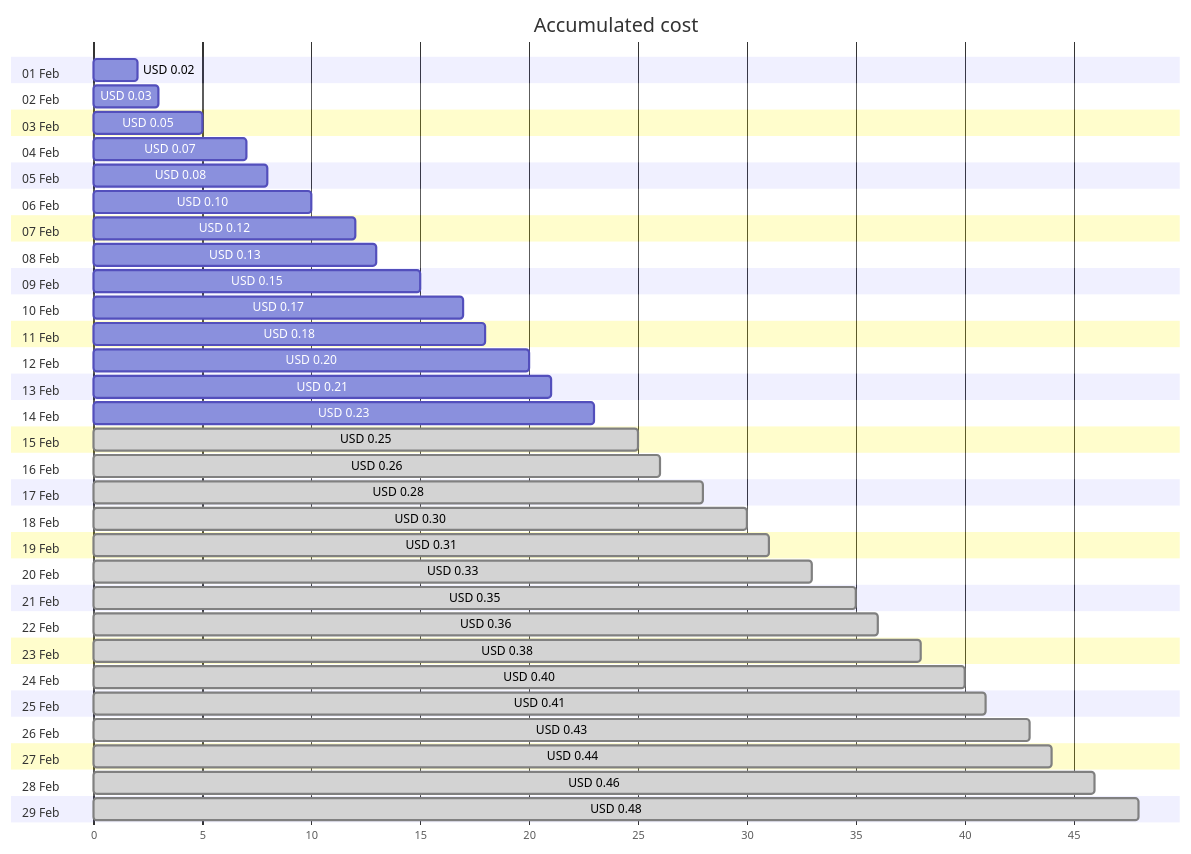
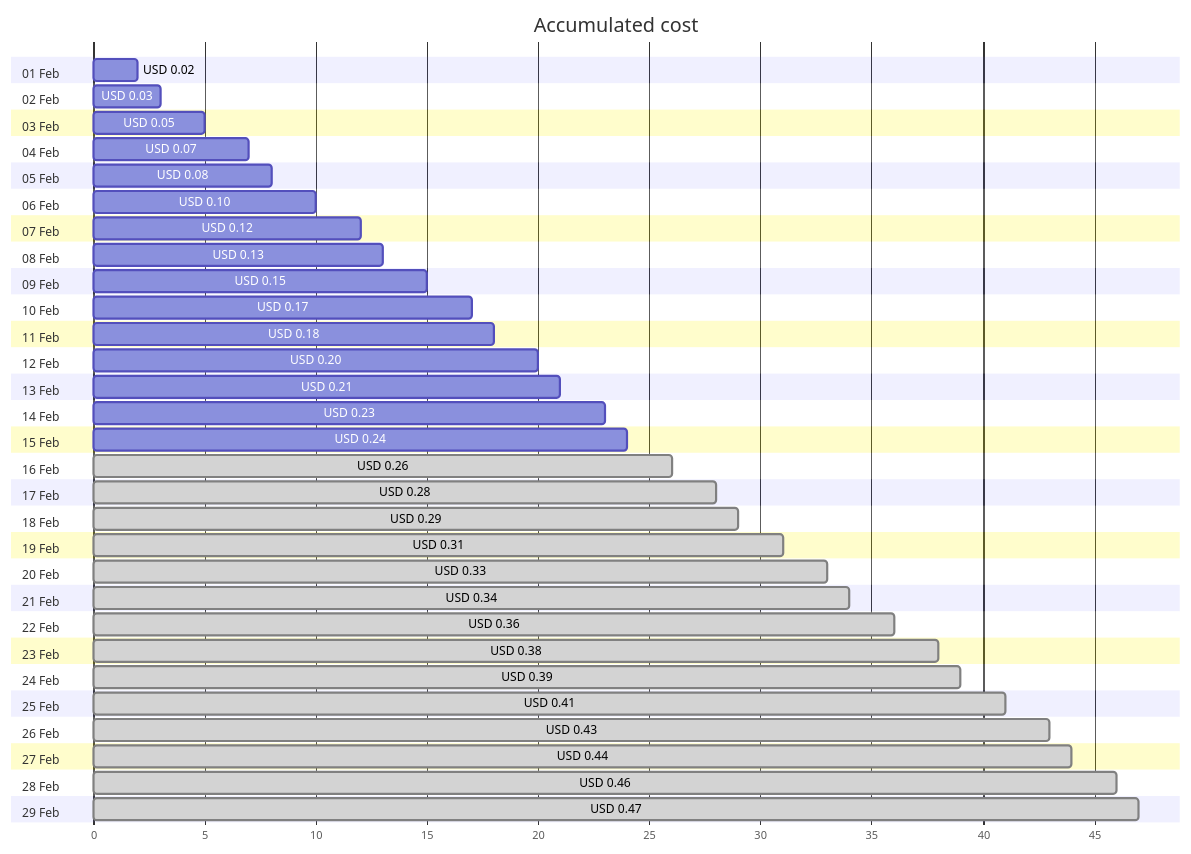
The first of 4 diagrams in cost-reports/personal-dns/jpatrickfulton.dev.md (jpfulton/azure-personal-reports), drawn with Mermaid before and after one commit. The commit also changed other lines of this file and 2 other files, not shown here.

````diff
--- a/cost-reports/personal-dns/jpatrickfulton.dev.md
+++ b/cost-reports/personal-dns/jpatrickfulton.dev.md
@@ -20,64 +20,64 @@
 ```mermaid
 gantt
    title Accumulated cost
    dateFormat  X
    axisFormat %s
    section 01 Feb
    USD 0.02 :0, 2
    section 02 Feb
    USD 0.03 :0, 3
    section 03 Feb
    USD 0.05 :0, 5
    section 04 Feb
    USD 0.07 :0, 7
    section 05 Feb
    USD 0.08 :0, 8
    section 06 Feb
    USD 0.10 :0, 10
    section 07 Feb
    USD 0.12 :0, 12
    section 08 Feb
    USD 0.13 :0, 13
    section 09 Feb
    USD 0.15 :0, 15
    section 10 Feb
    USD 0.17 :0, 17
    section 11 Feb
    USD 0.18 :0, 18
    section 12 Feb
    USD 0.20 :0, 20
    section 13 Feb
    USD 0.21 :0, 21
    section 14 Feb
    USD 0.23 :0, 23
    section 15 Feb
-   USD 0.25 : done, 0, 25
+   USD 0.24 :0, 24
    section 16 Feb
    USD 0.26 : done, 0, 26
    section 17 Feb
    USD 0.28 : done, 0, 28
    section 18 Feb
-   USD 0.30 : done, 0, 30
+   USD 0.29 : done, 0, 29
    section 19 Feb
    USD 0.31 : done, 0, 31
    section 20 Feb
    USD 0.33 : done, 0, 33
    section 21 Feb
-   USD 0.35 : done, 0, 35
+   USD 0.34 : done, 0, 34
    section 22 Feb
    USD 0.36 : done, 0, 36
    section 23 Feb
    USD 0.38 : done, 0, 38
    section 24 Feb
-   USD 0.40 : done, 0, 40
+   USD 0.39 : done, 0, 39
    section 25 Feb
    USD 0.41 : done, 0, 41
    section 26 Feb
    USD 0.43 : done, 0, 43
    section 27 Feb
    USD 0.44 : done, 0, 44
    section 28 Feb
    USD 0.46 : done, 0, 46
    section 29 Feb
-   USD 0.48 : done, 0, 48
+   USD 0.47 : done, 0, 47
 ```
````
